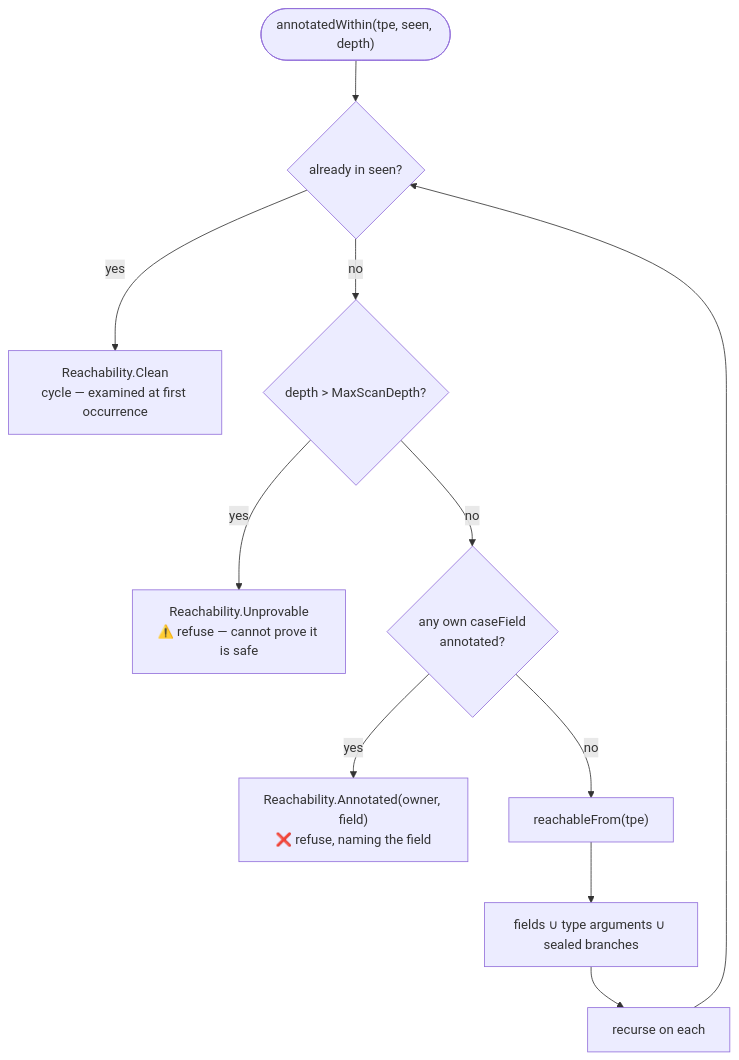
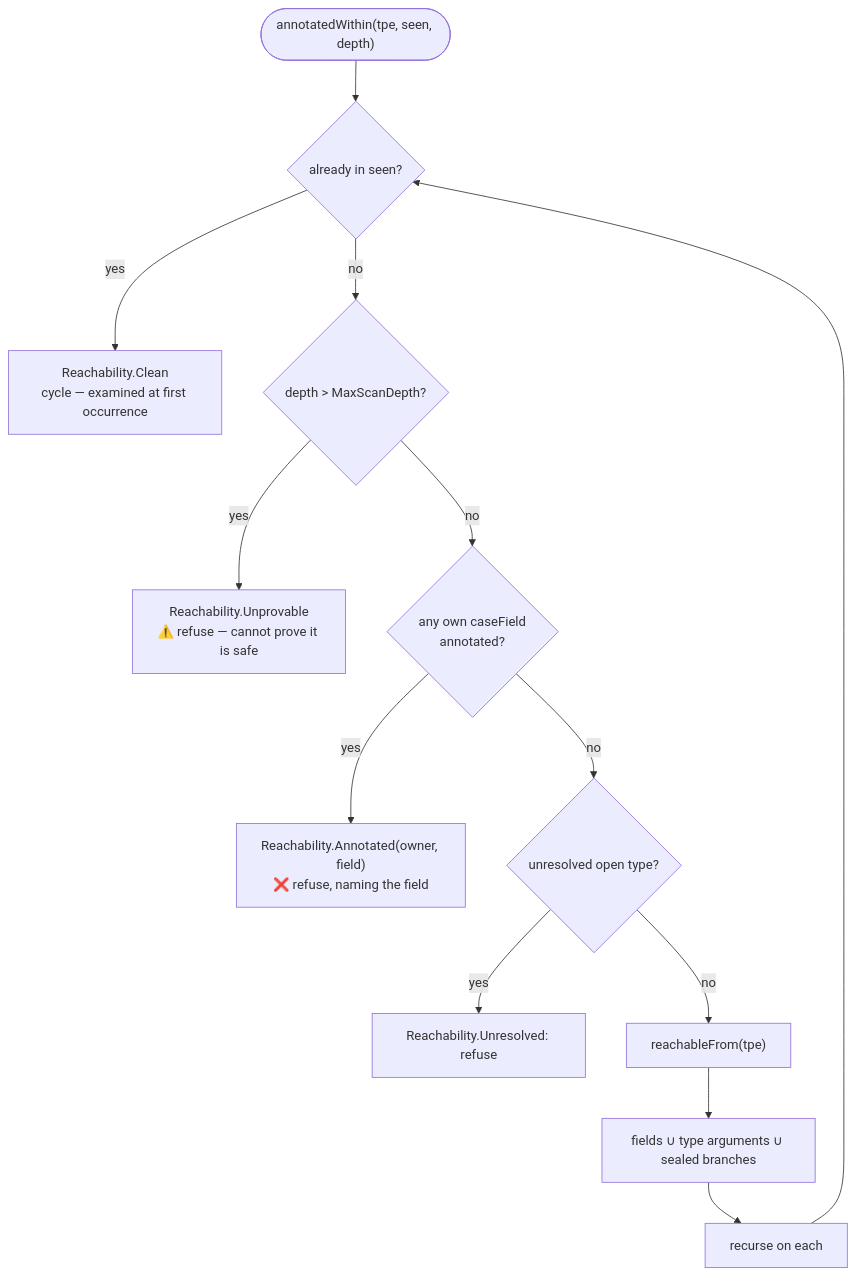
The eighth of 11 diagrams in libs/commons/reveal/ARCHITECTURE.md (worxbend/worxbend), drawn with Mermaid before and after one commit. The commit also changed other lines of this file and 25 other files, not shown here.

````diff
--- a/libs/commons/reveal/ARCHITECTURE.md
+++ b/libs/commons/reveal/ARCHITECTURE.md
@@ -283,13 +283,15 @@
 ```mermaid
 flowchart TB
   IN(["annotatedWithin(tpe, seen, depth)"]) --> C1{"already in seen?"}
   C1 -->|yes| CLEAN["Reachability.Clean<br/>cycle — examined at first occurrence"]
   C1 -->|no| C2{"depth > MaxScanDepth?"}
   C2 -->|yes| UNPROV["Reachability.Unprovable<br/>⚠️ refuse — cannot prove it is safe"]
   C2 -->|no| C3{"any own caseField<br/>annotated?"}
   C3 -->|yes| ANN["Reachability.Annotated(owner, field)<br/>❌ refuse, naming the field"]
-  C3 -->|no| REACH["reachableFrom(tpe)"]
+  C3 -->|no| C4{"unresolved open type?"}
+  C4 -->|yes| UNKNOWN["Reachability.Unresolved: refuse"]
+  C4 -->|no| REACH["reachableFrom(tpe)"]
   REACH --> W["fields ∪ type arguments ∪ sealed branches"]
   W --> REC["recurse on each"]
   REC --> C1
 ```
````
